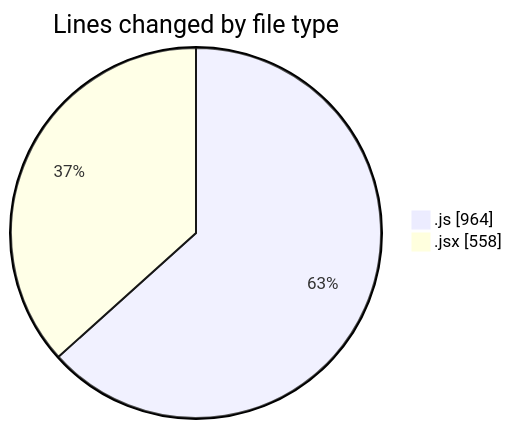
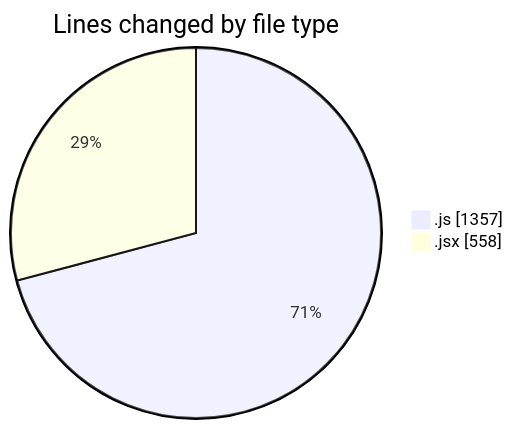
Before and after one commit to nxtqubesakshisongat/code-tracking: the first of 2 diagrams in 2025-08-05/nxtqube_webapp/README.md, drawn with Mermaid. The commit also changed other lines of this file and 1 other file, not shown here.

````diff
--- a/2025-08-05/nxtqube_webapp/README.md
+++ b/2025-08-05/nxtqube_webapp/README.md
@@ -22,6 +23,6 @@
 ```mermaid
 pie showData
 title Lines changed by file type
-".js" : 964
+".js" : 1357
 ".jsx" : 558
 ```
````
